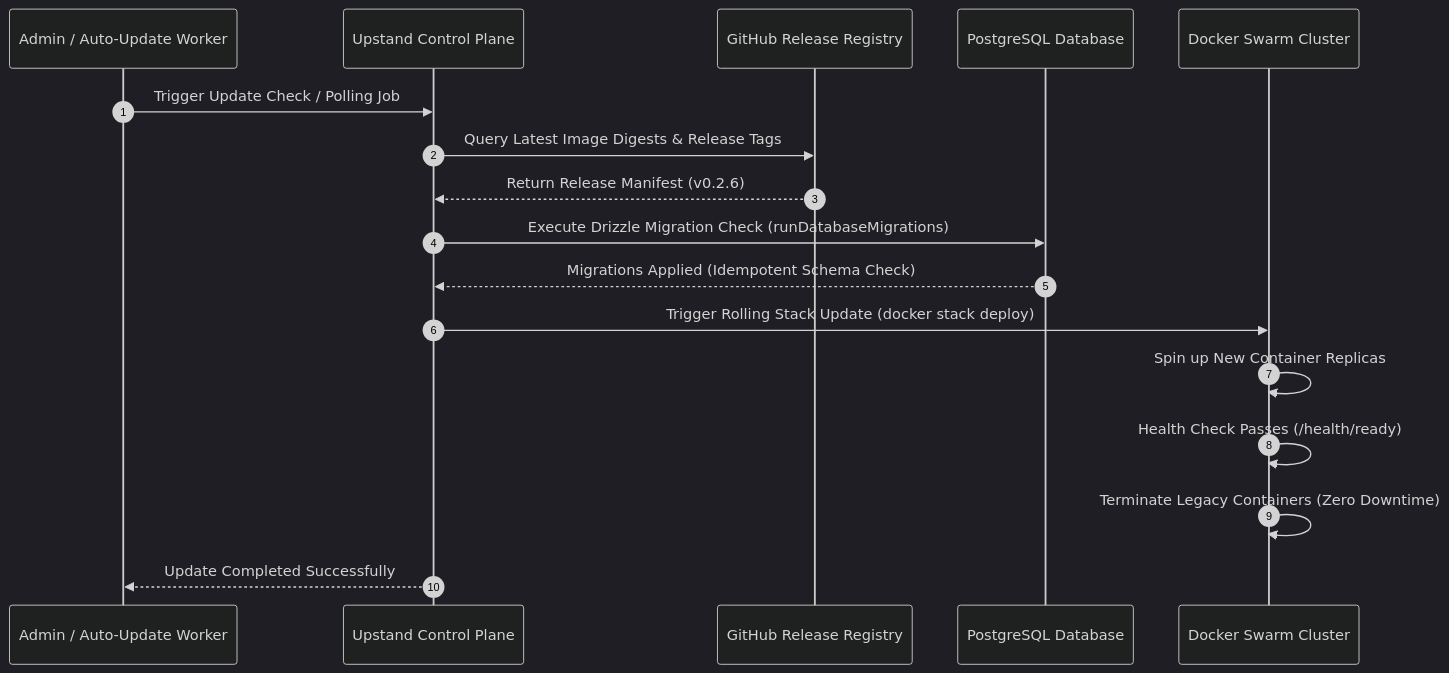
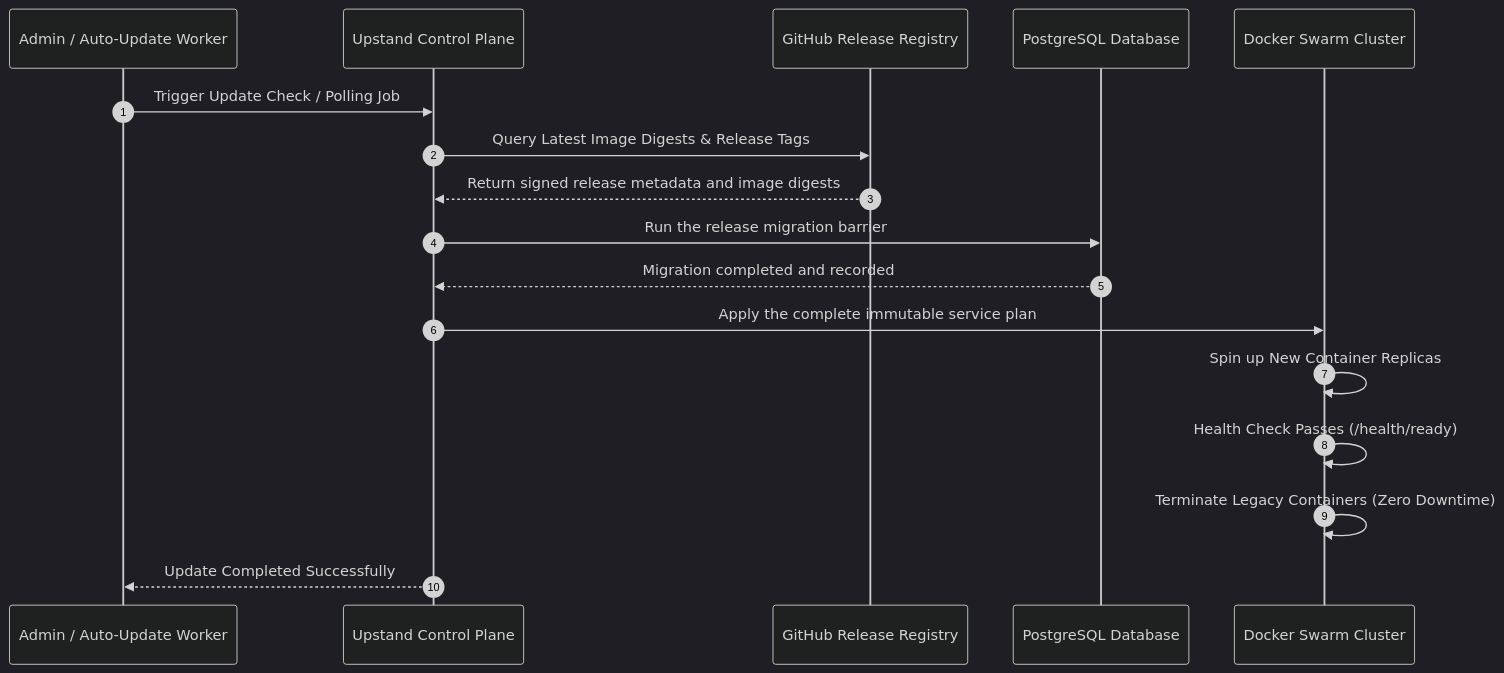
Before and after one commit to UpstandPlatform/upstand: the diagram in apps/fumadocs/content/docs/getting-started/updates.mdx, drawn with Mermaid (dark theme). The commit also changed other lines of this file and 16 other files, not shown here.

````diff
--- a/apps/fumadocs/content/docs/getting-started/updates.mdx
+++ b/apps/fumadocs/content/docs/getting-started/updates.mdx
@@ -12,20 +12,20 @@
 ```mermaid
 sequenceDiagram
     autonumber
     participant Admin as Admin / Auto-Update Worker
     participant API as Upstand Control Plane
     participant GH as GitHub Release Registry
     participant DB as PostgreSQL Database
     participant Swarm as Docker Swarm Cluster
 
     Admin->>API: Trigger Update Check / Polling Job
     API->>GH: Query Latest Image Digests & Release Tags
-    GH-->>API: Return Release Manifest (v0.2.6)
-    API->>DB: Execute Drizzle Migration Check (runDatabaseMigrations)
-    DB-->>API: Migrations Applied (Idempotent Schema Check)
-    API->>Swarm: Trigger Rolling Stack Update (docker stack deploy)
+    GH-->>API: Return signed release metadata and image digests
+    API->>DB: Run the release migration barrier
+    DB-->>API: Migration completed and recorded
+    API->>Swarm: Apply the complete immutable service plan
     Swarm->>Swarm: Spin up New Container Replicas
     Swarm->>Swarm: Health Check Passes (/health/ready)
     Swarm->>Swarm: Terminate Legacy Containers (Zero Downtime)
     API-->>Admin: Update Completed Successfully
 ```
````
